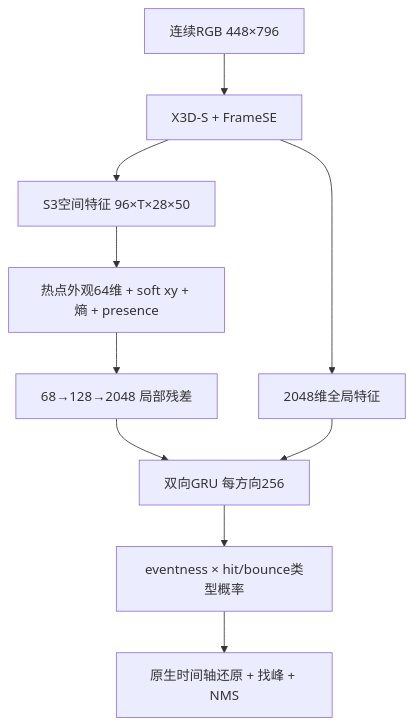
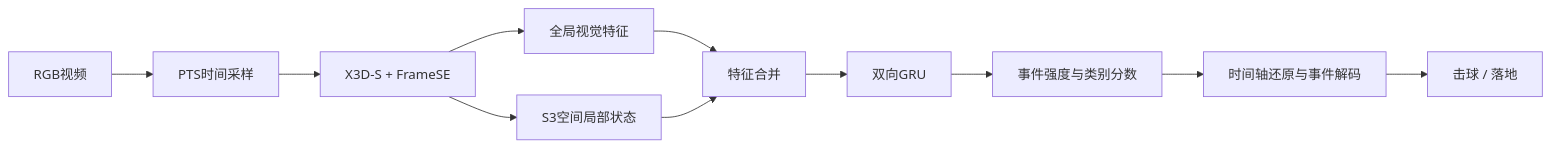
Before and after one commit to ZSHYC/tennis-contact-rgb: the diagram in README.md, drawn with Mermaid. The commit also changed other lines of this file and 9 other files, not shown here.

````diff
--- a/README.md
+++ b/README.md
@@ -139,12 +165,13 @@
 ```mermaid
-flowchart TD
-  RGB[连续RGB 448×796] --> X[X3D-S + FrameSE]
-  X --> G[2048维全局特征]
-  X --> S[S3空间特征 96×T×28×50]
-  S --> L[热点外观64维 + soft xy + 熵 + presence]
-  L --> A[68→128→2048 局部残差]
-  A --> T[双向GRU 每方向256]
-  G --> T
-  T --> H[eventness × hit/bounce类型概率]
-  H --> P[原生时间轴还原 + 找峰 + NMS]
+flowchart LR
+    A[RGB视频] --> B[PTS时间采样]
+    B --> C[X3D-S + FrameSE]
+    C --> D[全局视觉特征]
+    C --> E[S3空间局部状态]
+    D --> F[特征合并]
+    E --> F
+    F --> G[双向GRU]
+    G --> H[事件强度与类别分数]
+    H --> I[时间轴还原与事件解码]
+    I --> J[击球 / 落地]
 ```
````
